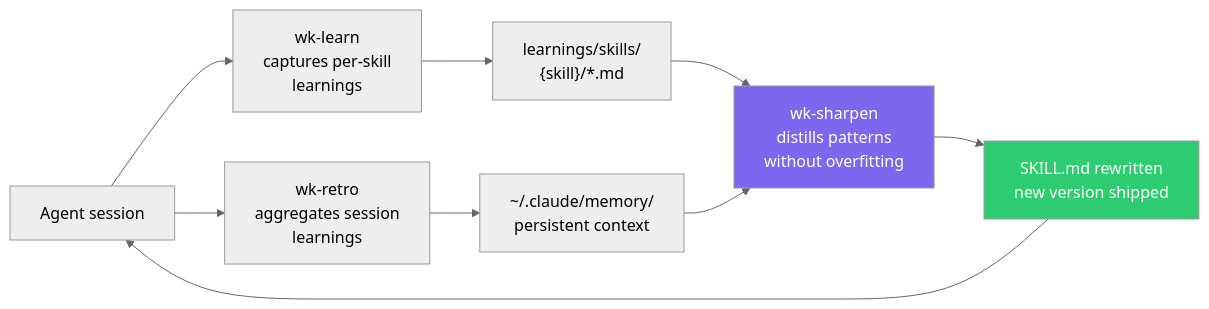
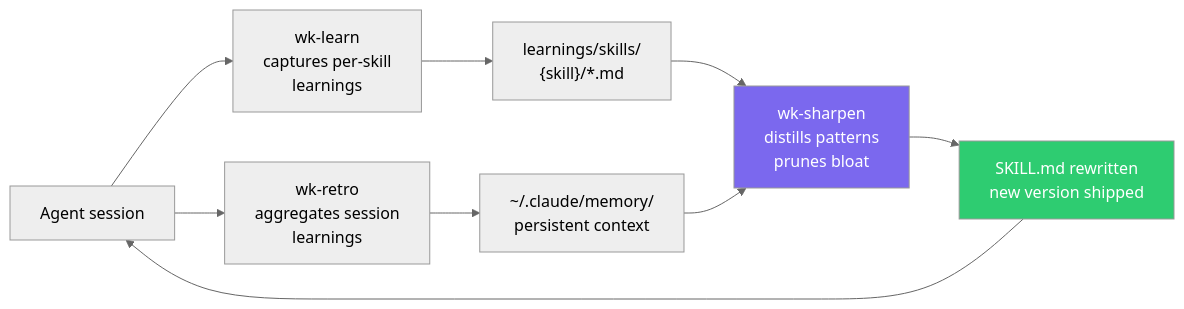
One commit to whizzzkid/skills changed the second of 2 diagrams in skills/README.md. Above: the diagram before and after it, drawn with Mermaid (neutral theme). The commit also changed other lines of this file and 161 other files, not shown here.

````diff
--- a/skills/README.md
+++ b/skills/README.md
@@ -180,18 +178,18 @@
 ```mermaid
 flowchart LR
     SESSION["Agent session"] --> LEARN["wk-learn<br/>captures per-skill<br/>learnings"]
     LEARN --> FILES["learnings/skills/<br/>{skill}/*.md"]
     SESSION --> RETRO["wk-retro<br/>aggregates session<br/>learnings"]
     RETRO --> MEM["~/.claude/memory/<br/>persistent context"]
-    FILES --> SHARPEN["wk-sharpen<br/>distills patterns<br/>without overfitting"]
+    FILES --> SHARPEN["wk-sharpen<br/>distills patterns<br/>prunes bloat"]
     MEM --> SHARPEN
     SHARPEN --> SKILL["SKILL.md rewritten<br/>new version shipped"]
     SKILL --> SESSION
 
     style SHARPEN fill:#7b68ee,color:#fff
     style SKILL fill:#2ecc71,color:#fff
 
     click LEARN href "./learn/README.md" _blank
     click RETRO href "./retro/README.md" _blank
     click SHARPEN href "./sharpen/README.md" _blank
 ```
````
